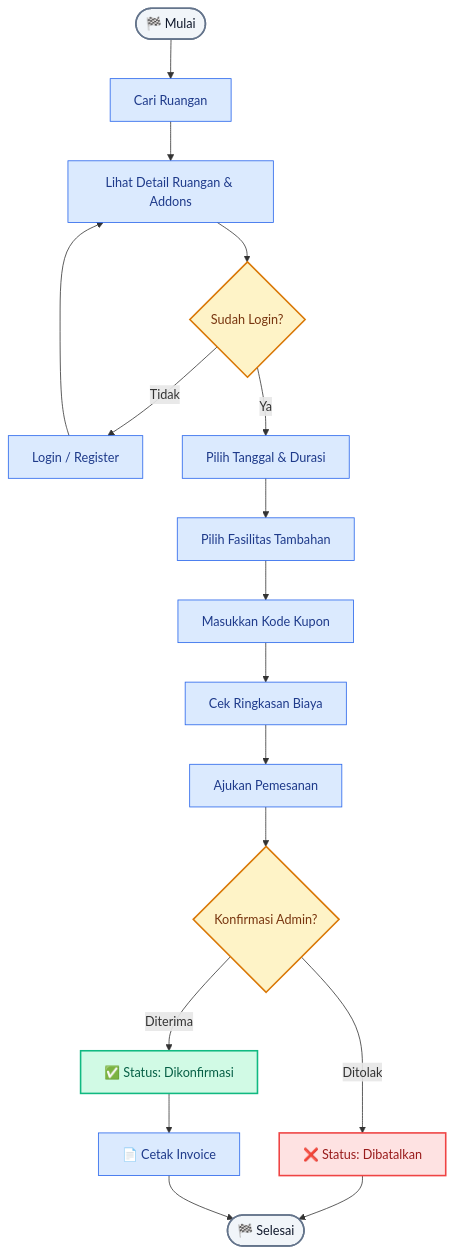
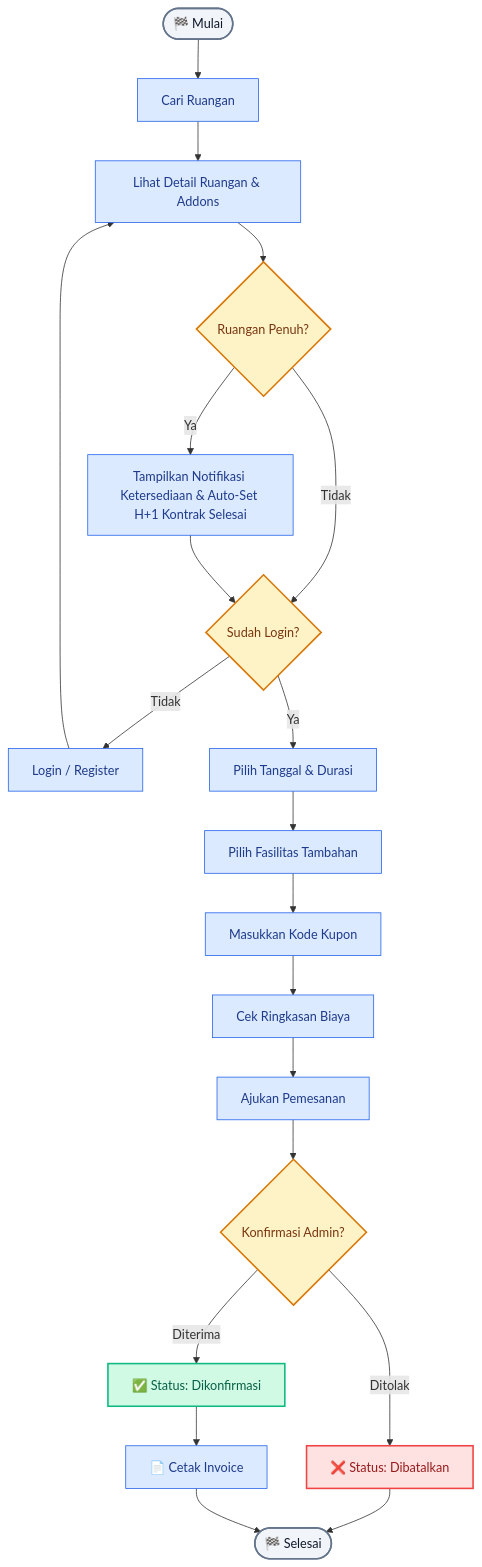
Before and after one commit to Fdlnahmd/w46space: the second of 4 diagrams in README.md, drawn with Mermaid. The commit also changed other lines of this file and 11 other files, not shown here.

````diff
--- a/README.md
+++ b/README.md
@@ -238,35 +250,40 @@
 ```mermaid
 graph TD
     Start([🏁 Mulai]) --> Search[Cari Ruangan]
     Search --> Detail[Lihat Detail Ruangan & Addons]
-    Detail --> CheckLogin{Sudah Login?}
+    Detail --> CheckBooked{Ruangan Penuh?}
     
-    CheckLogin -- Tidak --> Login[Login / Register]
+    CheckBooked -- Ya --> FutureAlert[Tampilkan Notifikasi Ketersediaan & Auto-Set H+1 Kontrak Selesai]
+    CheckBooked -- Tidak --> CheckLogin
+    FutureAlert --> CheckLogin
+    
+    CheckLogin{Sudah Login?} -- Tidak --> Login[Login / Register]
     Login --> Detail
     
     CheckLogin -- Ya --> Select[Pilih Tanggal & Durasi]
     Select --> Addons[Pilih Fasilitas Tambahan]
     Addons --> Coupon[Masukkan Kode Kupon]
     Coupon --> Review[Cek Ringkasan Biaya]
     
     Review --> Submit[Ajukan Pemesanan]
     Submit --> AdminConfirm{Konfirmasi Admin?}
     
     AdminConfirm -- Ditolak --> Batal[❌ Status: Dibatalkan]
     AdminConfirm -- Diterima --> Confirm[✅ Status: Dikonfirmasi]
     
     Confirm --> Invoice[📄 Cetak Invoice]
     Batal --> End([🏁 Selesai])
     Invoice --> End
     
     %% Styling
     style Start fill:#f1f5f9,stroke:#64748b,stroke-width:2px,color:#0f172a
     style End fill:#f1f5f9,stroke:#64748b,stroke-width:2px,color:#0f172a
     style CheckLogin fill:#fef3c7,stroke:#d97706,stroke-width:2px,color:#78350f
+    style CheckBooked fill:#fef3c7,stroke:#d97706,stroke-width:2px,color:#78350f
     style AdminConfirm fill:#fef3c7,stroke:#d97706,stroke-width:2px,color:#78350f
     style Batal fill:#fee2e2,stroke:#ef4444,stroke-width:2px,color:#991b1b
     style Confirm fill:#d1fae5,stroke:#10b981,stroke-width:2px,color:#065f46
     
     classDef step fill:#dbeafe,stroke:#2563eb,stroke-width:1px,color:#1e3a8a
-    class Search,Detail,Login,Select,Addons,Coupon,Review,Submit,Invoice step
+    class Search,Detail,Login,Select,Addons,Coupon,Review,Submit,Invoice,FutureAlert step
 ```
````
